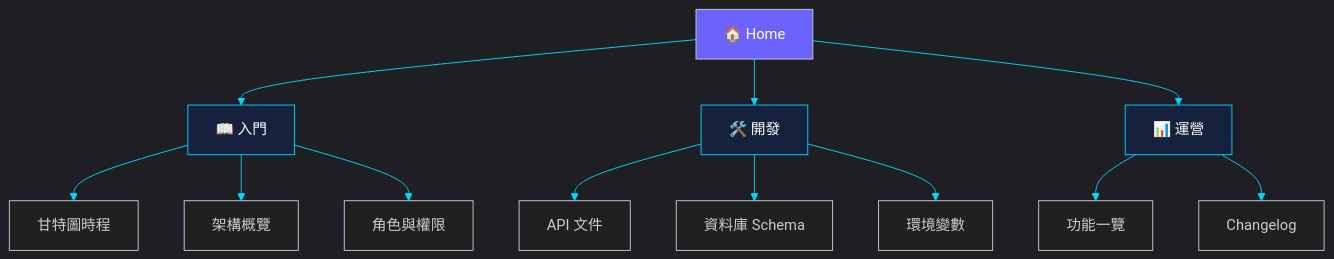
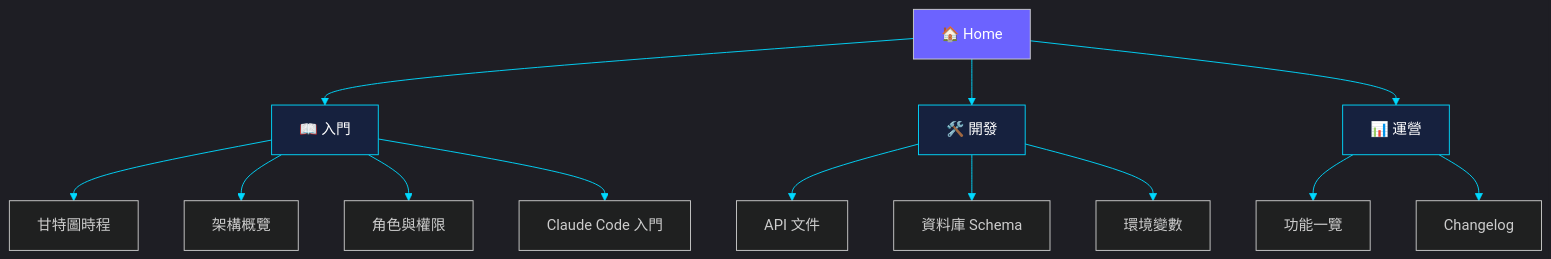
The diagram in wiki/Home.md (cyclone-tw/cyclone-workflow), drawn with Mermaid before and after one commit. The commit also changed other lines of this file and 2 other files, not shown here.

Commit message:
docs(wiki): add Claude Code 101 guide for newcomers
- Create wiki/Claude-Code-101.md with installation, basic commands,
  Cyclone workflow, and troubleshooting tips
- Update wiki/Home.md to link the new page
- Update issues-status.md with #2530 and sync date

````diff
--- a/wiki/Home.md
+++ b/wiki/Home.md
@@ -5,23 +5,24 @@
 ```mermaid
 %%{init: {'theme': 'dark', 'themeVariables': { 'primaryColor': '#6C63FF', 'primaryTextColor': '#fff', 'primaryBorderColor': '#6C63FF', 'lineColor': '#00D9FF', 'secondaryColor': '#16213e', 'tertiaryColor': '#1a1a2e' }}}%%
 graph TD
     Home["🏠 Home"] --> Intro["📖 入門"]
     Home --> Dev["🛠️ 開發"]
     Home --> Ops["📊 運營"]
 
     Intro --> Gantt["甘特圖時程"]
     Intro --> Architecture["架構概覽"]
     Intro --> Roles["角色與權限"]
+    Intro --> Claude101["Claude Code 入門"]
 
     Dev --> API["API 文件"]
     Dev --> Database["資料庫 Schema"]
     Dev --> Environment["環境變數"]
 
     Ops --> Features["功能一覽"]
     Ops --> Changelog["Changelog"]
 
     style Home fill:#6C63FF,color:#fff
     style Intro fill:#16213e,stroke:#00D9FF,color:#fff
     style Dev fill:#16213e,stroke:#00D9FF,color:#fff
     style Ops fill:#16213e,stroke:#00D9FF,color:#fff
 ```
````
